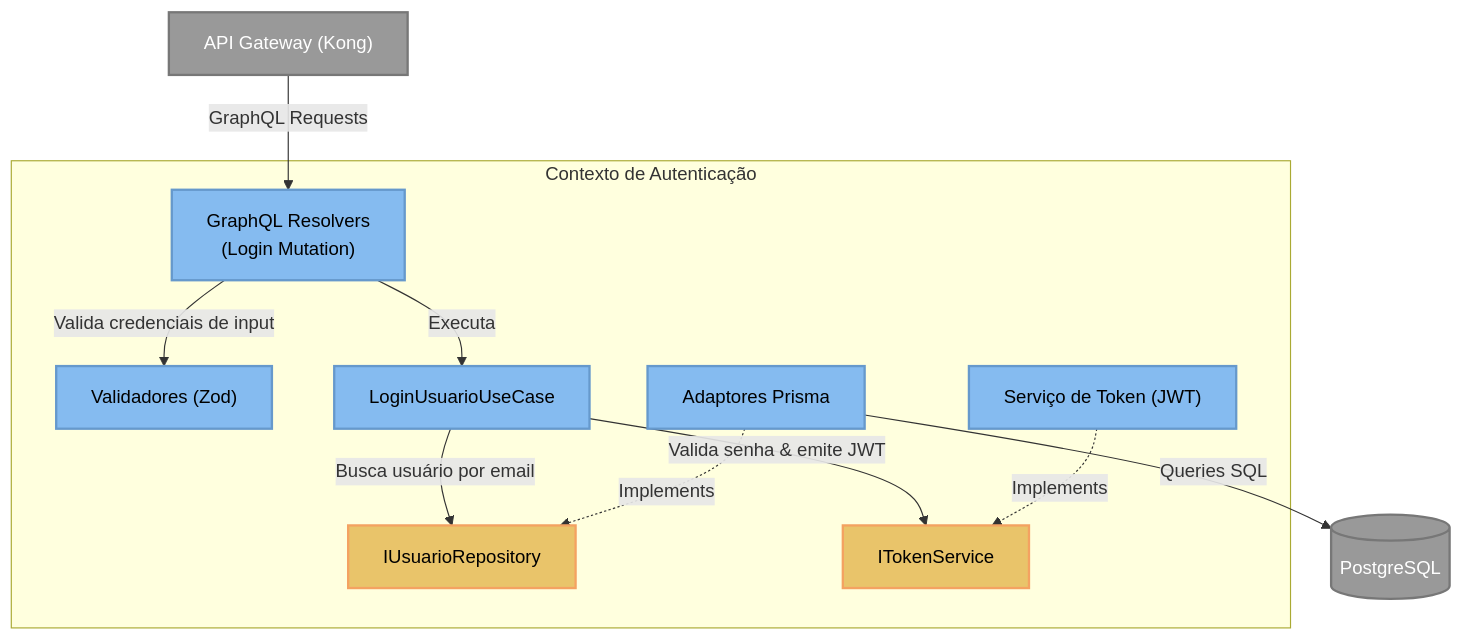
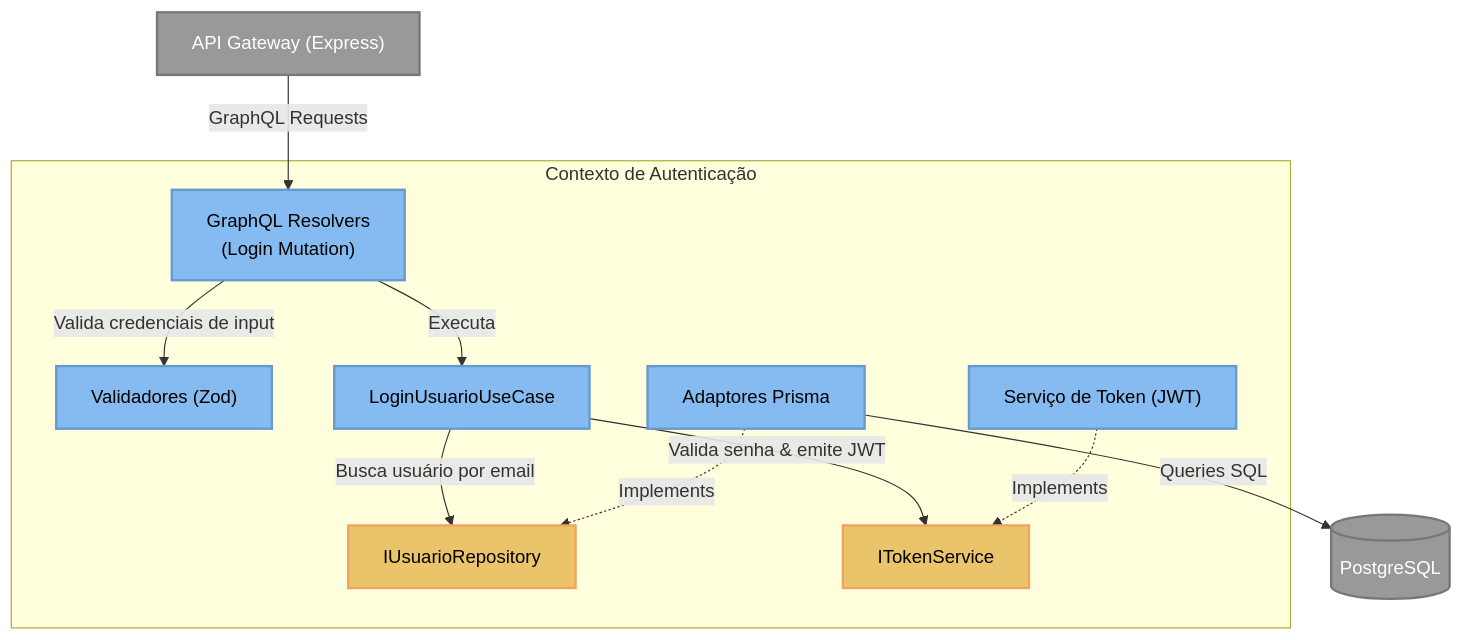
Before and after one commit to arthurair3s/arquitetura-de-software: the second of 5 diagrams in docs/diagramas/c3/c4_l3_component.md, drawn with Mermaid. The commit also changed 3 other files, not shown here.

Commit message:
atualiza documentacao c4 de api gateway kong para express

````diff
--- a/docs/diagramas/c3/c4_l3_component.md
+++ b/docs/diagramas/c3/c4_l3_component.md
@@ -40,35 +40,35 @@
 ```mermaid
 graph TB
     %% Styling
     classDef comp fill:#85bbf0,stroke:#6699cc,stroke-width:2px,color:#000;
     classDef port fill:#e9c46a,stroke:#f4a261,stroke-width:2px,color:#000;
     classDef ext fill:#999999,stroke:#777777,stroke-width:2px,color:#fff;
 
-    gateway["API Gateway (Kong)"]:::ext
+    gateway["API Gateway (Express)"]:::ext
     db_postgres[("PostgreSQL")]:::ext
 
     subgraph auth_context ["Contexto de Autenticação"]
         resolvers["GraphQL Resolvers<br>(Login Mutation)"]:::comp
         val["Validadores (Zod)"]:::comp
         uc_login["LoginUsuarioUseCase"]:::comp
         
         i_user_repo["IUsuarioRepository"]:::port
         i_token_service["ITokenService"]:::port
 
         prisma_adapters["Adaptores Prisma"]:::comp
         token_service["Serviço de Token (JWT)"]:::comp
     end
 
     %% Flows
     gateway -->|GraphQL Requests| resolvers
     resolvers -->|Valida credenciais de input| val
     resolvers -->|Executa| uc_login
     
     uc_login -->|Busca usuário por email| i_user_repo
     uc_login -->|"Valida senha & emite JWT"| i_token_service
 
     prisma_adapters -.->|Implements| i_user_repo
     token_service -.->|Implements| i_token_service
 
     prisma_adapters -->|Queries SQL| db_postgres
 ```
````
